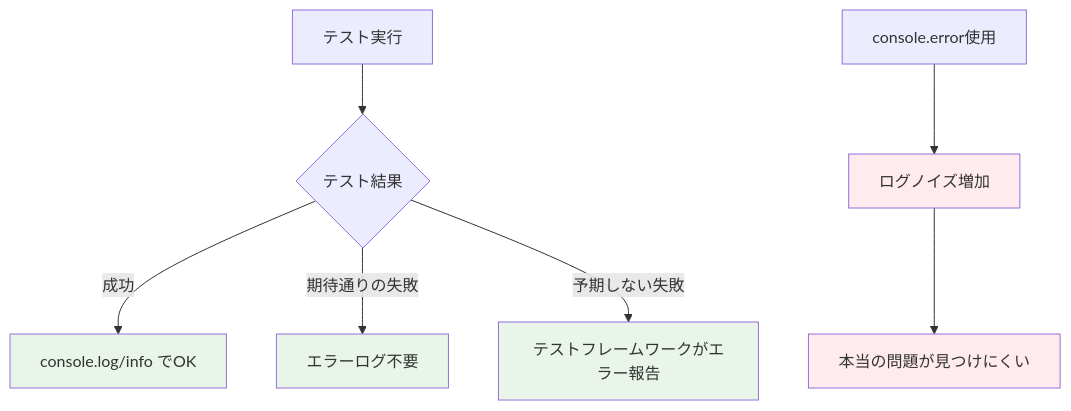
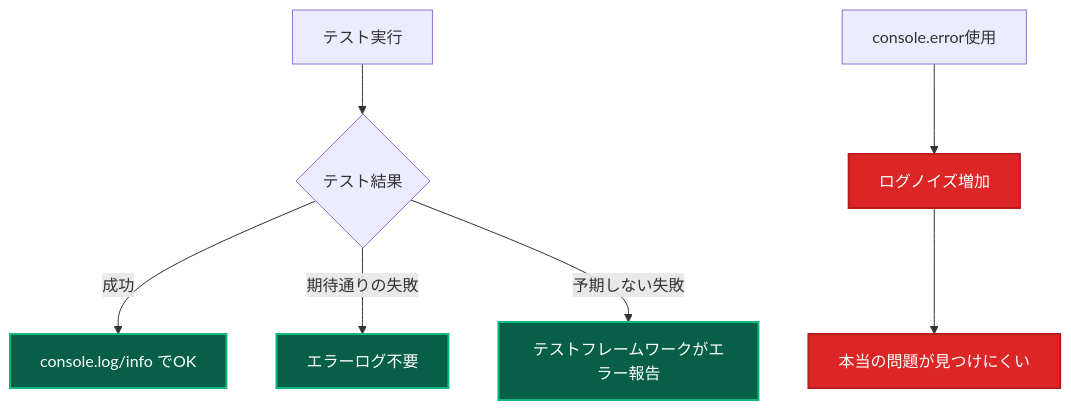
One commit to derushio/d-next-ddd-example changed the first of 2 diagrams in _DOCS/guides/coding-standards.md. Above: the diagram before and after it, drawn with Mermaid. The commit also changed other lines of this file and 31 other files, not shown here.

Commit message:
🎨: DOCSのMermaid図表カラーテーマを暗色に統一し視認性を向上

````diff
--- a/_DOCS/guides/coding-standards.md
+++ b/_DOCS/guides/coding-standards.md
@@ -138,16 +138,16 @@
 ```mermaid
 graph TD
     A[テスト実行] --> B{テスト結果}
     B -->|成功| C[console.log/info でOK]
     B -->|期待通りの失敗| D[エラーログ不要]
     B -->|予期しない失敗| E[テストフレームワークがエラー報告]
     
     F[console.error使用] --> G[ログノイズ増加]
     G --> H[本当の問題が見つけにくい]
     
-    style C fill:#e8f5e8
-    style D fill:#e8f5e8
-    style E fill:#e8f5e8
-    style G fill:#ffebee
-    style H fill:#ffebee
+    style C fill:#065f46,stroke:#10b981,stroke-width:2px,color:#ffffff
+    style D fill:#065f46,stroke:#10b981,stroke-width:2px,color:#ffffff
+    style E fill:#065f46,stroke:#10b981,stroke-width:2px,color:#ffffff
+    style G fill:#dc2626,stroke:#b91c1c,stroke-width:2px,color:#ffffff
+    style H fill:#dc2626,stroke:#b91c1c,stroke-width:2px,color:#ffffff
 ```
````
